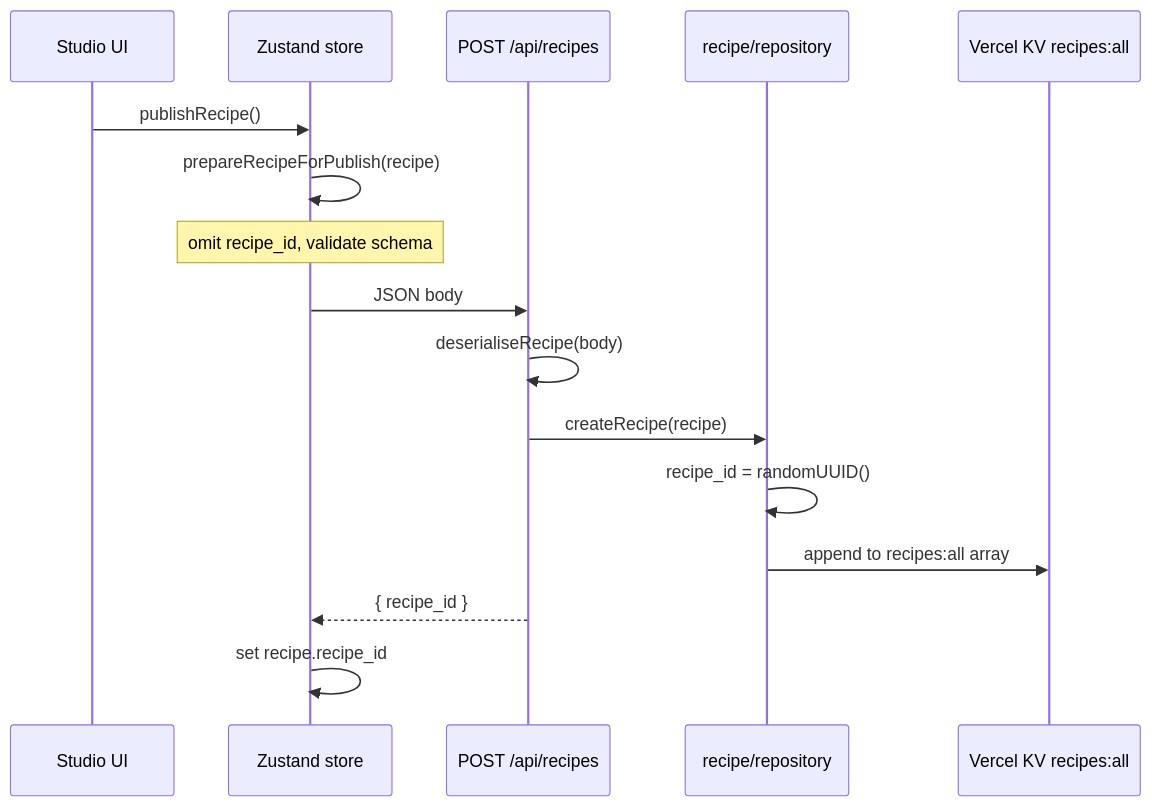
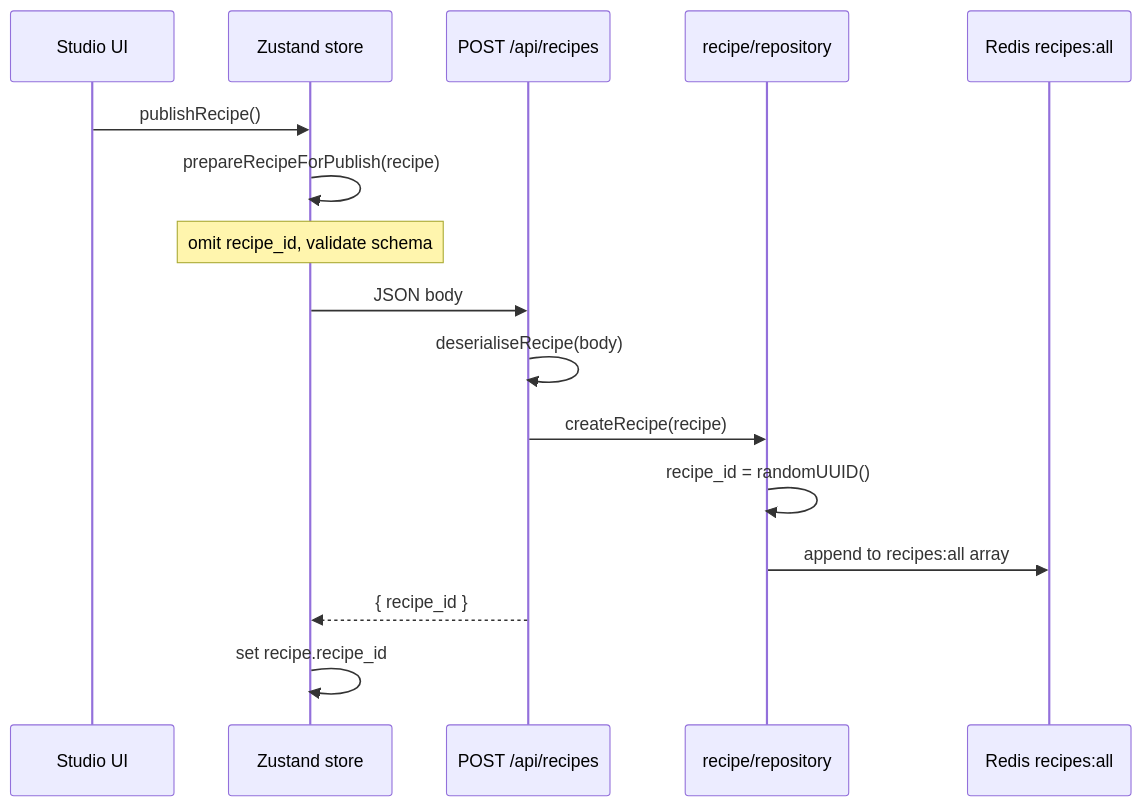
Before and after one commit to IshTale/CharacterForge: the diagram in docs/recipe-publishing.md, drawn with Mermaid. The commit also changed other lines of this file and 17 other files, not shown here.

````diff
--- a/docs/recipe-publishing.md
+++ b/docs/recipe-publishing.md
@@ -19,19 +21,19 @@
 ```mermaid
 sequenceDiagram
   participant UI as Studio UI
   participant Z as Zustand store
   participant API as POST /api/recipes
   participant Repo as recipe/repository
-  participant KV as Vercel KV recipes:all
+  participant Redis as Redis recipes:all
 
   UI->>Z: publishRecipe()
   Z->>Z: prepareRecipeForPublish(recipe)
   Note over Z: omit recipe_id, validate schema
   Z->>API: JSON body
   API->>API: deserialiseRecipe(body)
   API->>Repo: createRecipe(recipe)
   Repo->>Repo: recipe_id = randomUUID()
-  Repo->>KV: append to recipes:all array
+  Repo->>Redis: append to recipes:all array
   API-->>Z: { recipe_id }
   Z->>Z: set recipe.recipe_id
 ```
````
